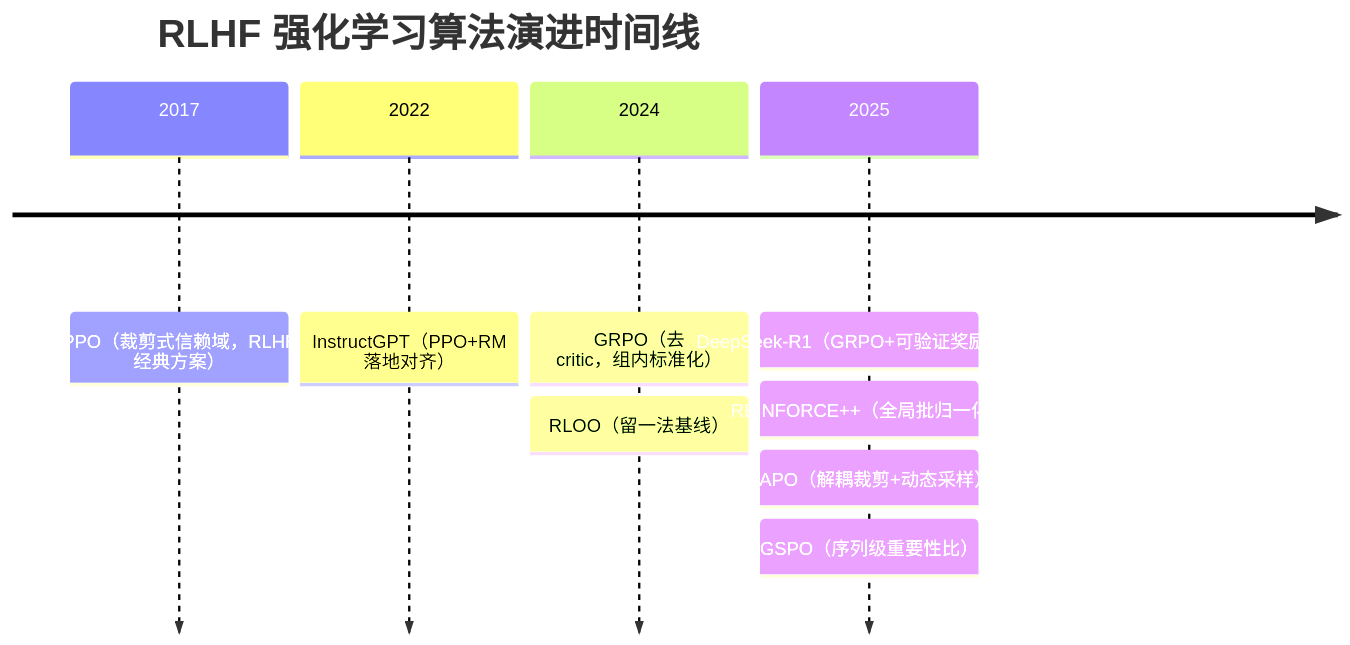
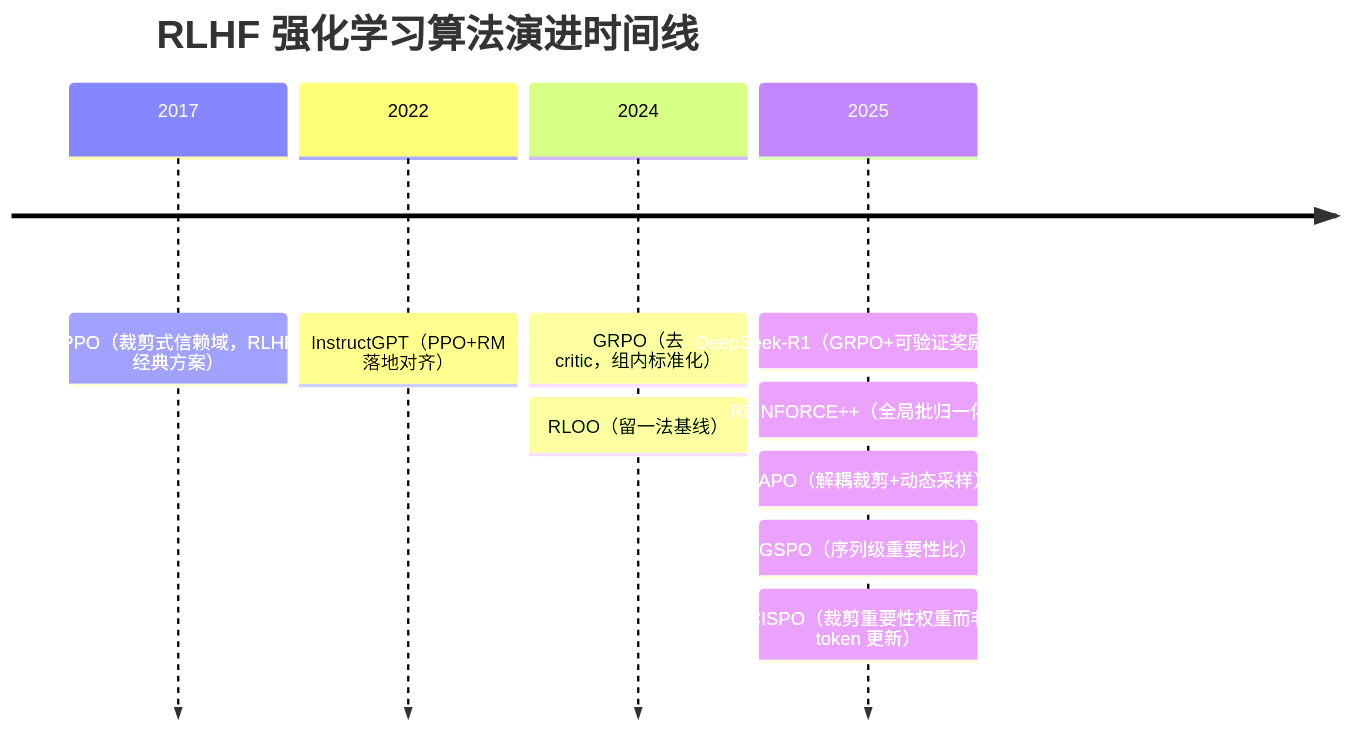
Before and after one commit to zhoujx4/llm-atlas: the second of 2 diagrams in docs/rlhf/index.md, drawn with Mermaid. The commit also changed other lines of this file and 18 other files, not shown here.

````diff
--- a/docs/rlhf/index.md
+++ b/docs/rlhf/index.md
@@ -51,12 +51,13 @@
 ```mermaid
 timeline
     title RLHF 强化学习算法演进时间线
     2017 : PPO（裁剪式信赖域，RLHF 经典方案）
     2022 : InstructGPT（PPO+RM 落地对齐）
     2024 : GRPO（去 critic，组内标准化）
          : RLOO（留一法基线）
     2025 : DeepSeek-R1（GRPO+可验证奖励推理）
          : REINFORCE++（全局批归一化）
          : DAPO（解耦裁剪+动态采样）
          : GSPO（序列级重要性比）
+         : CISPO（裁剪重要性权重而非 token 更新）
 ```
````
